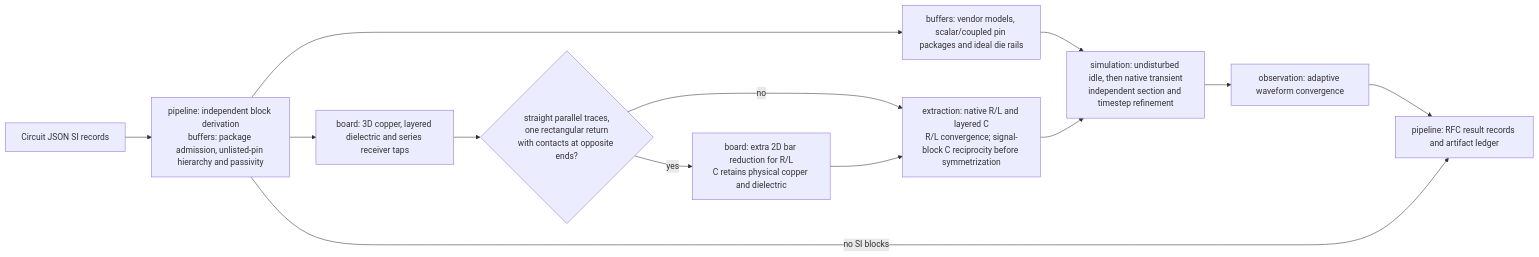
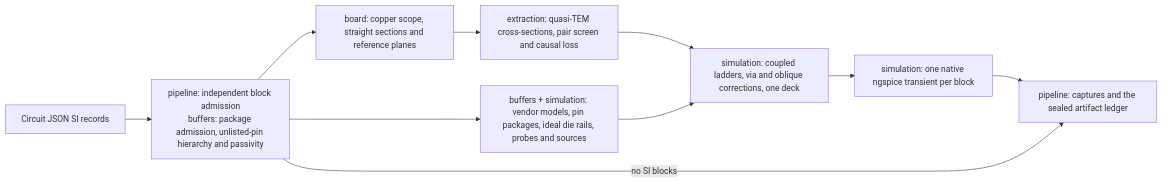
One commit to ShiboSoftwareDev/signal-integrity-pipeline changed the first of 5 diagrams in docs/ARCHITECTURE.md. Above: the diagram before and after it, drawn with Mermaid. The commit also changed other lines of this file and 192 other files, not shown here.

First line of the commit message:
refactor!: remove the 3D extraction pipeline; routed 2.5D is the only path

````diff
--- a/docs/ARCHITECTURE.md
+++ b/docs/ARCHITECTURE.md
@@ -9,15 +8,12 @@
 ```mermaid
 flowchart LR
-  source["Circuit JSON SI records"] --> derive["pipeline: independent block derivation<br/>buffers: package admission, unlisted-pin hierarchy and passivity"]
-  derive --> board3d["board: 3D copper, layered dielectric and series receiver taps"]
-  board3d --> check{"straight parallel traces,<br/>one rectangular return<br/>with contacts at opposite ends?"}
-  check -->|"yes"| bars["board: extra 2D bar reduction for R/L<br/>C retains physical copper and dielectric"]
-  check -->|"no"| extract
-  bars --> extract["extraction: native R/L and layered C<br/>R/L convergence; signal-block C reciprocity before symmetrization"]
-  derive --> buffers["buffers: vendor models, scalar/coupled pin packages and ideal die rails"]
-  buffers --> simulate["simulation: undisturbed idle, then native transient<br/>independent section and timestep refinement"]
-  extract --> simulate
-  simulate --> observe["observation: adaptive waveform convergence"]
-  observe --> results["pipeline: RFC result records and artifact ledger"]
-  derive -->|"no SI blocks"| results
+  source["Circuit JSON SI records"] --> admit["pipeline: independent block admission<br/>buffers: package admission, unlisted-pin hierarchy and passivity"]
+  admit --> sections["board: copper scope, straight sections and reference planes"]
+  sections --> fields["extraction: quasi-TEM cross-sections, pair screen and causal loss"]
+  admit --> bindings["buffers + simulation: vendor models, pin packages, ideal die rails, probes and sources"]
+  fields --> network["simulation: coupled ladders, via and oblique corrections, one deck"]
+  bindings --> network
+  network --> transient["simulation: one native ngspice transient per block"]
+  transient --> output["pipeline: captures and the sealed artifact ledger"]
+  admit -->|"no SI blocks"| output
 ```
````
